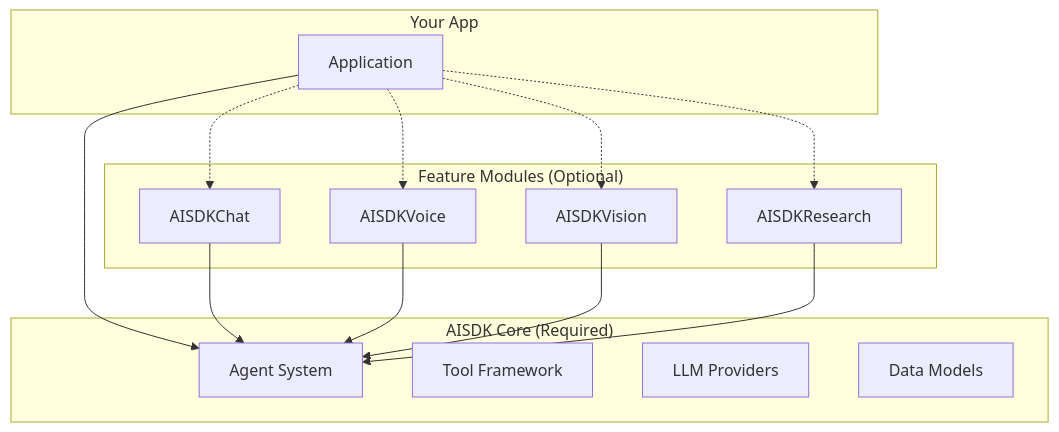
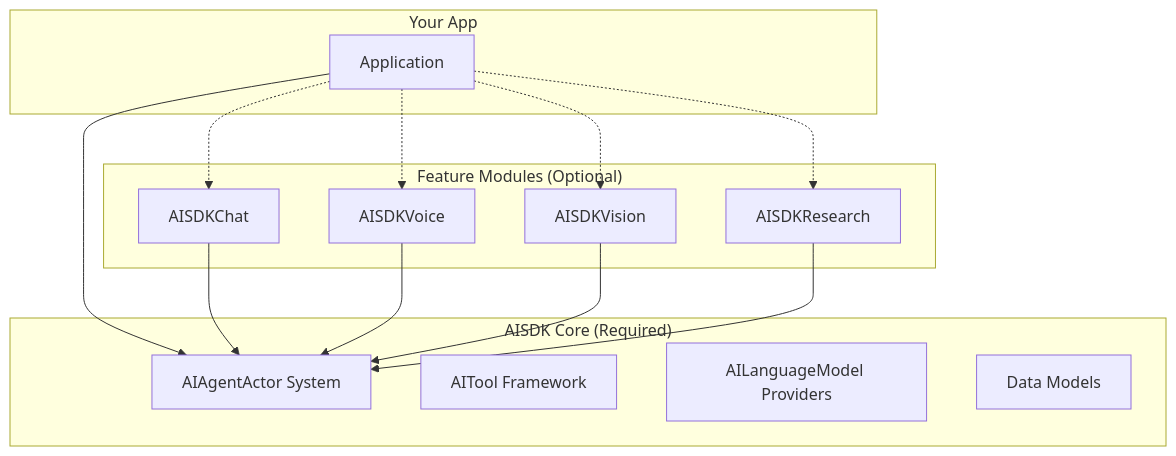
Before and after one commit to DanielhCarranza/AISDK: the first of 3 diagrams in Sources/AISDK/docs/AISDK.md, drawn with Mermaid. The commit also changed other lines of this file and 8 other files, not shown here.

````diff
--- a/Sources/AISDK/docs/AISDK.md
+++ b/Sources/AISDK/docs/AISDK.md
@@ -48,31 +48,31 @@
 ```mermaid
 graph TB
     subgraph "AISDK Core (Required)"
-        Agent[Agent System]
-        Tools[Tool Framework]
-        LLM[LLM Providers]
+        AIAgentActor[AIAgentActor System]
+        Tools[AITool Framework]
+        LLM[AILanguageModel Providers]
         Models[Data Models]
     end
     
     subgraph "Feature Modules (Optional)"
         Chat[AISDKChat]
         Voice[AISDKVoice]
         Vision[AISDKVision]
         Research[AISDKResearch]
     end
     
     subgraph "Your App"
         App[Application]
     end
     
-    App --> Agent
+    App --> AIAgentActor
     App -.-> Chat
     App -.-> Voice
     App -.-> Vision
     App -.-> Research
-    
-    Chat --> Agent
-    Voice --> Agent
-    Vision --> Agent
-    Research --> Agent
+
+    Chat --> AIAgentActor
+    Voice --> AIAgentActor
+    Vision --> AIAgentActor
+    Research --> AIAgentActor
 ```
````
